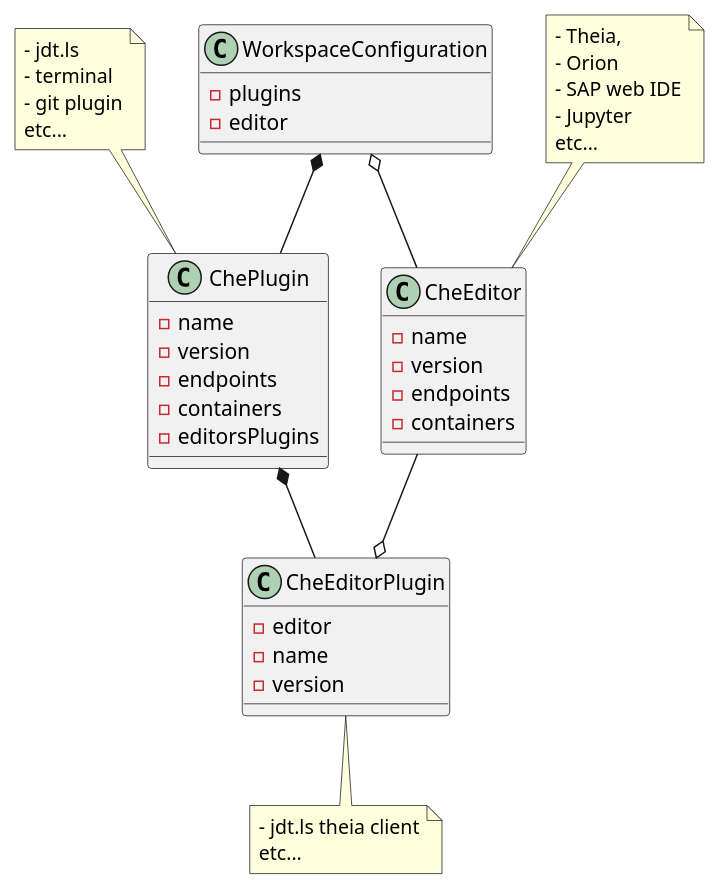
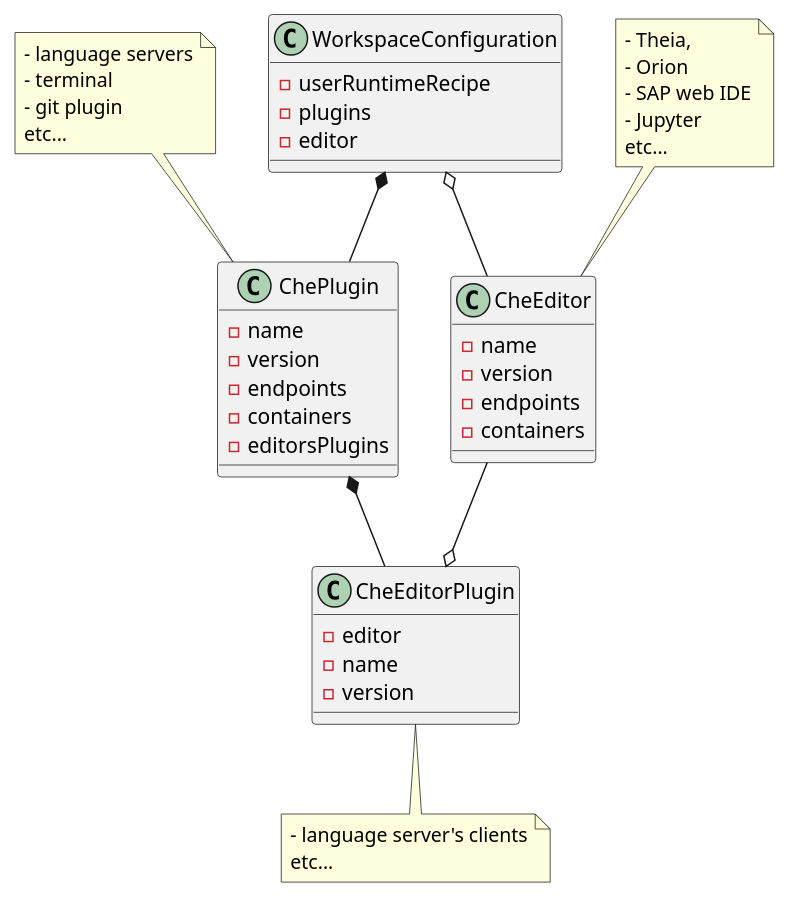
One commit to l0rd/blog-files changed the diagram in wsnext/editor.plantuml. Above: the diagram before and after it, drawn with PlantUML. The commit also changed 3 other files, not shown here.

Commit message:
ws.next - added runtimeRecipe attribute to workspace configuration model

```diff
--- a/wsnext/editor.plantuml
+++ b/wsnext/editor.plantuml
@@ -1,60 +1,61 @@
 @startuml
 
 class WorkspaceConfiguration {
+  - userRuntimeRecipe
   - plugins
   - editor
 }
 
 class ChePlugin {
   - name
   - version
   - endpoints
   - containers
   - editorsPlugins
 }
 
 class CheEditorPlugin {
   - editor
   - name
   - version
 }
 
 class CheEditor {
   - name
   - version
   - endpoints
   - containers
 }
 
 WorkspaceConfiguration o-- CheEditor 
 WorkspaceConfiguration *-- ChePlugin
 ChePlugin *-- CheEditorPlugin
 CheEditor --o CheEditorPlugin 
 
 note as editornote
  - Theia, 
  - Orion
  - SAP web IDE
  - Jupyter 
  etc...
 end note
 
 editornote .. CheEditor
 
 note as pluginnote
- - jdt.ls
+ - language servers
  - terminal
  - git plugin
  etc...
 end note
 
 pluginnote .. ChePlugin
 
 note as editorpluginnote
- - jdt.ls theia client
+ - language server's clients
  etc...
 end note
 
 CheEditorPlugin .. editorpluginnote
 
 @enduml
```
